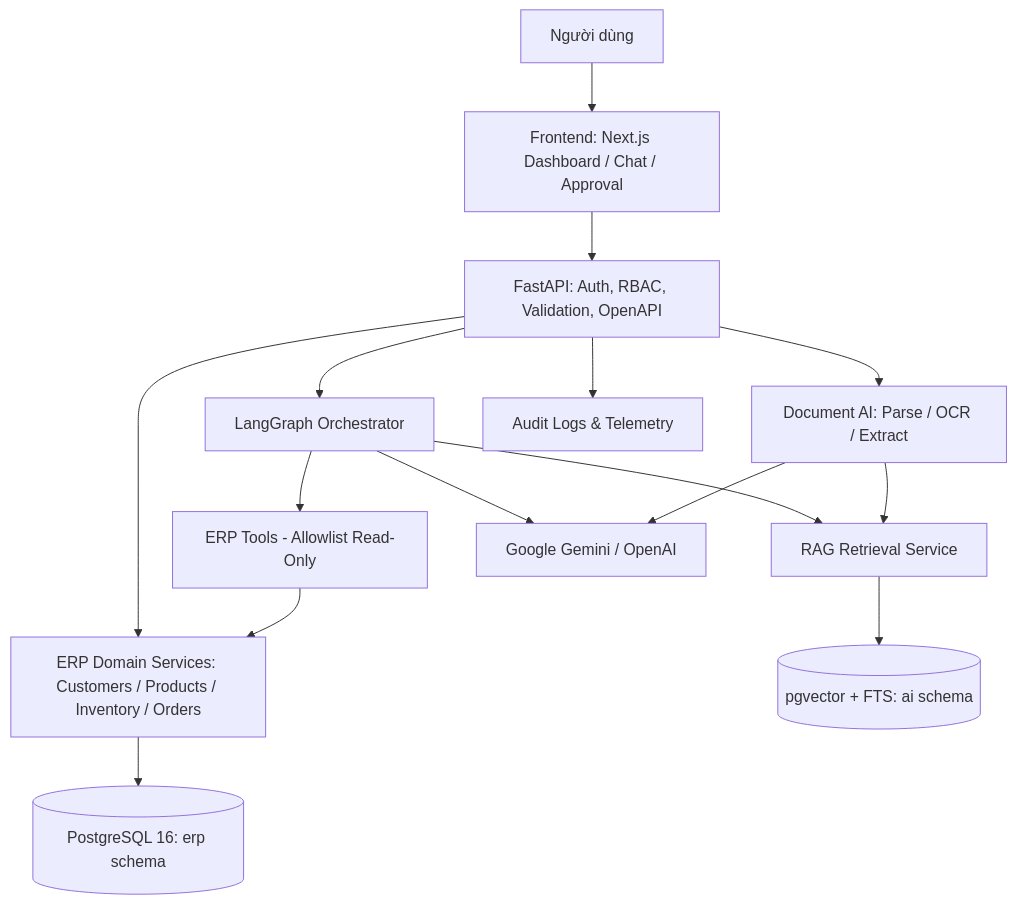
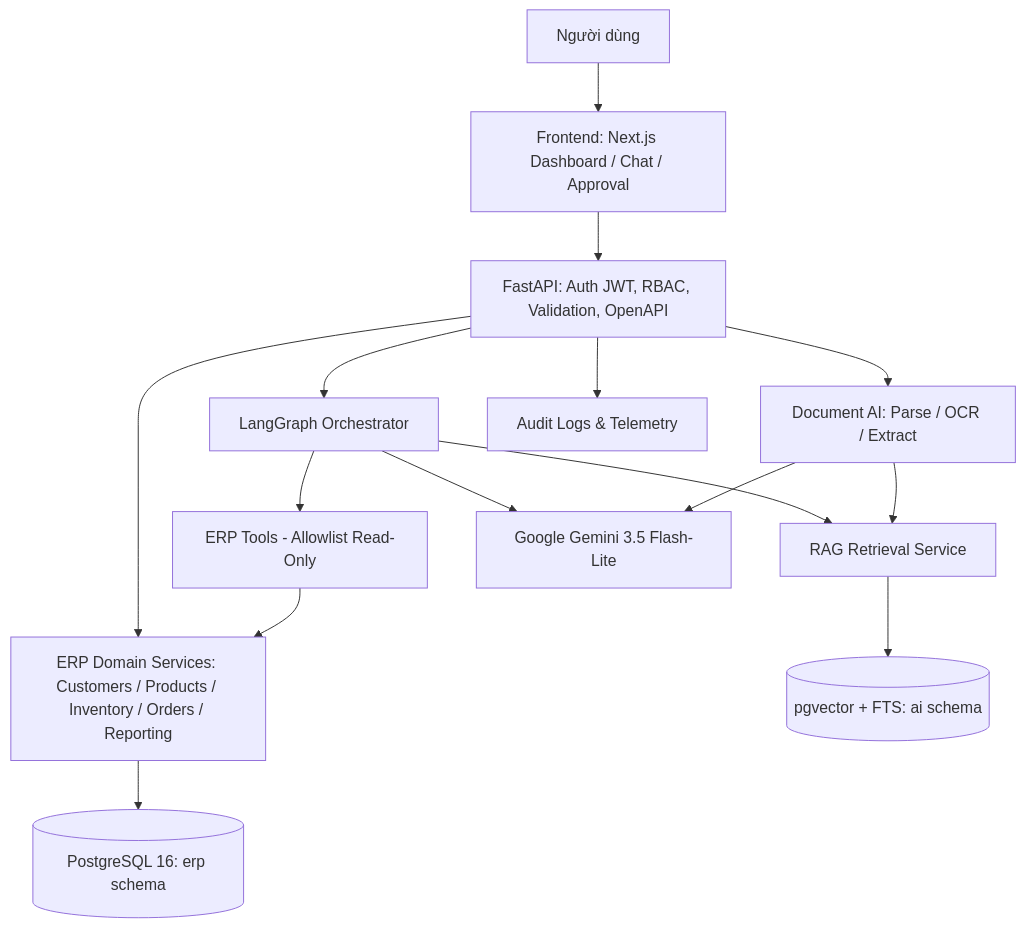
Before and after one commit to GiaKhangCode/erp-ai-copilot: the diagram in README.md, drawn with Mermaid. The commit also changed other lines of this file and 20 other files, not shown here.

Commit message:
feat: hoàn thành sprint 2 gồm viết các  services, auth jwt, idempotency và báo cáo doanh thu

````diff
--- a/README.md
+++ b/README.md
@@ -32,17 +34,17 @@
 ```mermaid
 flowchart TB
   U[Người dùng] --> FE[Frontend: Next.js Dashboard / Chat / Approval]
-  FE --> API[FastAPI: Auth, RBAC, Validation, OpenAPI]
-  API --> ERP[ERP Domain Services: Customers / Products / Inventory / Orders]
+  FE --> API[FastAPI: Auth JWT, RBAC, Validation, OpenAPI]
+  API --> ERP[ERP Domain Services: Customers / Products / Inventory / Orders / Reporting]
   API --> AG[LangGraph Orchestrator]
   API --> DOC[Document AI: Parse / OCR / Extract]
   AG --> TOOLS[ERP Tools - Allowlist Read-Only]
   AG --> RAG[RAG Retrieval Service]
   TOOLS --> ERP
   DOC --> RAG
   ERP --> PG[(PostgreSQL 16: erp schema)]
   RAG --> PGV[(pgvector + FTS: ai schema)]
-  AG --> LLM[Google Gemini / OpenAI]
+  AG --> LLM[Google Gemini 3.5 Flash-Lite]
   DOC --> LLM
   API --> AUD[Audit Logs & Telemetry]
 ```
````
